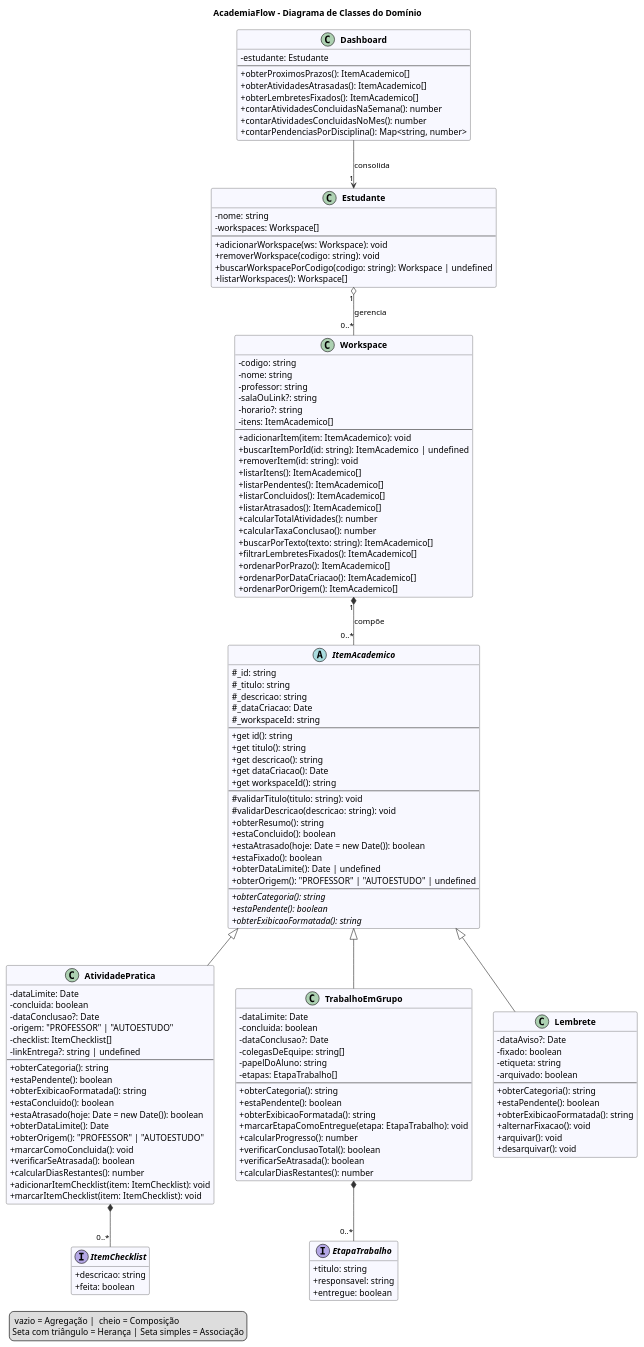
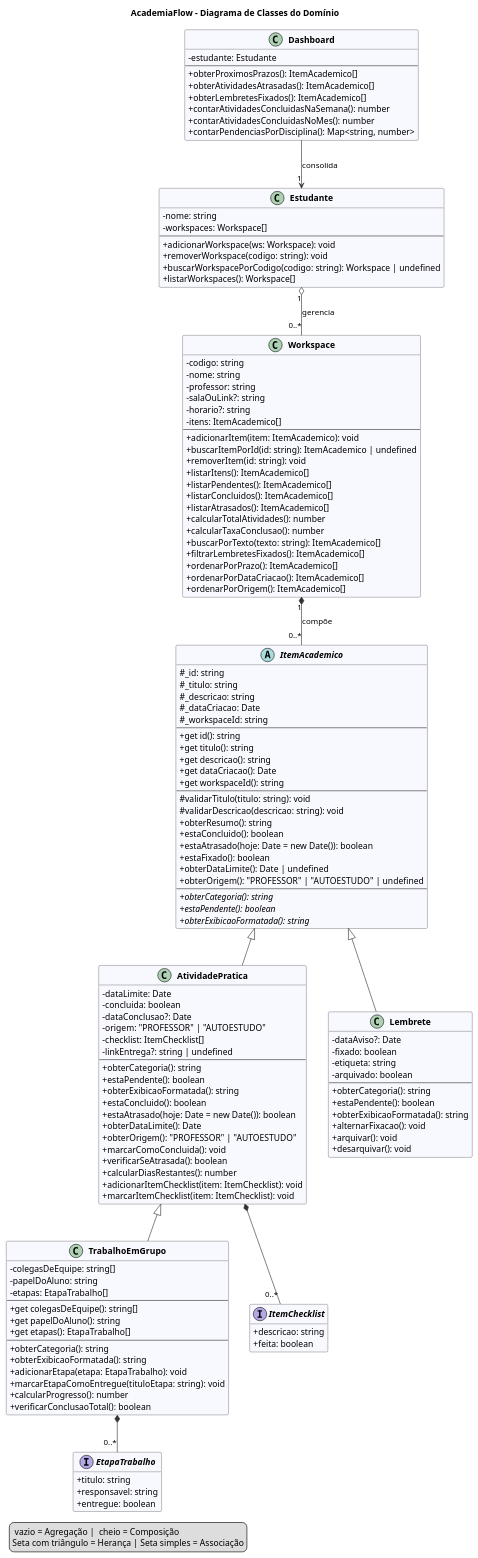
Before and after one commit to ElryanGomes/OrganizadorAcademico: the diagram in docs/diagrama.puml, drawn with PlantUML. The commit also changed 2 other files, not shown here.

Commit message:
feat: Classe Trabalho em Grupo feito

```diff
--- a/docs/diagrama.puml
+++ b/docs/diagrama.puml
@@ -1,168 +1,167 @@
 @startuml
 title AcademiaFlow - Diagrama de Classes do Domínio
 
 skinparam classAttributeIconSize 0
 skinparam shadowing false
 skinparam classFontStyle bold
 skinparam ArrowColor #333333
 skinparam class {
   BackgroundColor #F8F8FF
   BorderColor #333333
 }
 hide empty members
 
 class Estudante {
   - nome: string
   - workspaces: Workspace[]
   --
   + adicionarWorkspace(ws: Workspace): void
   + removerWorkspace(codigo: string): void
   + buscarWorkspacePorCodigo(codigo: string): Workspace | undefined
   + listarWorkspaces(): Workspace[]
 }
 
 class Workspace {
   - codigo: string
   - nome: string
   - professor: string
   - salaOuLink?: string
   - horario?: string
   - itens: ItemAcademico[]
   --
   + adicionarItem(item: ItemAcademico): void
   + buscarItemPorId(id: string): ItemAcademico | undefined
   + removerItem(id: string): void
   + listarItens(): ItemAcademico[]
   + listarPendentes(): ItemAcademico[]
   + listarConcluidos(): ItemAcademico[]
   + listarAtrasados(): ItemAcademico[]
   + calcularTotalAtividades(): number
   + calcularTaxaConclusao(): number
   + buscarPorTexto(texto: string): ItemAcademico[]
   + filtrarLembretesFixados(): ItemAcademico[]
   + ordenarPorPrazo(): ItemAcademico[]
   + ordenarPorDataCriacao(): ItemAcademico[]
   + ordenarPorOrigem(): ItemAcademico[]
 }
 
 abstract class ItemAcademico {
   # _id: string
   # _titulo: string
   # _descricao: string
   # _dataCriacao: Date
   # _workspaceId: string
   --
   + get id(): string
   + get titulo(): string
   + get descricao(): string
   + get dataCriacao(): Date
   + get workspaceId(): string
   --
   # validarTitulo(titulo: string): void
   # validarDescricao(descricao: string): void
   + obterResumo(): string
   + estaConcluido(): boolean
   + estaAtrasado(hoje: Date = new Date()): boolean
   + estaFixado(): boolean
   + obterDataLimite(): Date | undefined
   + obterOrigem(): "PROFESSOR" | "AUTOESTUDO" | undefined
   --
   + {abstract} obterCategoria(): string
   + {abstract} estaPendente(): boolean
   + {abstract} obterExibicaoFormatada(): string
 }
 
 class AtividadePratica {
   - dataLimite: Date
   - concluida: boolean
   - dataConclusao?: Date
   - origem: "PROFESSOR" | "AUTOESTUDO"
   - checklist: ItemChecklist[]
   - linkEntrega?: string | undefined
   --
   + obterCategoria(): string
   + estaPendente(): boolean
   + obterExibicaoFormatada(): string
   + estaConcluido(): boolean
   + estaAtrasado(hoje: Date = new Date()): boolean
   + obterDataLimite(): Date
   + obterOrigem(): "PROFESSOR" | "AUTOESTUDO"
   + marcarComoConcluida(): void
   + verificarSeAtrasada(): boolean
   + calcularDiasRestantes(): number
   + adicionarItemChecklist(item: ItemChecklist): void
   + marcarItemChecklist(item: ItemChecklist): void
 }
 
 class TrabalhoEmGrupo {
-  - dataLimite: Date
-  - concluida: boolean
-  - dataConclusao?: Date
   - colegasDeEquipe: string[]
   - papelDoAluno: string
   - etapas: EtapaTrabalho[]
   --
+  + get colegasDeEquipe(): string[]
+  + get papelDoAluno(): string
+  + get etapas(): EtapaTrabalho[]
+  --
   + obterCategoria(): string
-  + estaPendente(): boolean
   + obterExibicaoFormatada(): string
-  + marcarEtapaComoEntregue(etapa: EtapaTrabalho): void
+  + adicionarEtapa(etapa: EtapaTrabalho): void
+  + marcarEtapaComoEntregue(tituloEtapa: string): void
   + calcularProgresso(): number
   + verificarConclusaoTotal(): boolean
-  + verificarSeAtrasada(): boolean
-  + calcularDiasRestantes(): number
 }
 
 class Lembrete {
   - dataAviso?: Date
   - fixado: boolean
   - etiqueta: string
   - arquivado: boolean
   --
   + obterCategoria(): string
   + estaPendente(): boolean
   + obterExibicaoFormatada(): string
   + alternarFixacao(): void
   + arquivar(): void
   + desarquivar(): void
 }
 
 interface ItemChecklist {
   + descricao: string
   + feita: boolean
 }
 
 interface EtapaTrabalho {
   + titulo: string
   + responsavel: string
   + entregue: boolean
 }
 
 class Dashboard {
   - estudante: Estudante
   --
   + obterProximosPrazos(): ItemAcademico[]
   + obterAtividadesAtrasadas(): ItemAcademico[]
   + obterLembretesFixados(): ItemAcademico[]
   + contarAtividadesConcluidasNaSemana(): number
   + contarAtividadesConcluidasNoMes(): number
   + contarPendenciasPorDisciplina(): Map<string, number>
 }
 
 ' Relacionamentos
 Estudante "1" o-- "0..*" Workspace : gerencia
 Workspace "1" *-- "0..*" ItemAcademico : compõe
 
 ItemAcademico <|-- AtividadePratica
-ItemAcademico <|-- TrabalhoEmGrupo
+AtividadePratica <|-- TrabalhoEmGrupo
 ItemAcademico <|-- Lembrete
 
 AtividadePratica *-- "0..*" ItemChecklist
 TrabalhoEmGrupo *-- "0..*" EtapaTrabalho
 
 Dashboard --> "1" Estudante : consolida
 
 legend bottom left
   <&diamond> vazio = Agregação | <&diamond> cheio = Composição
   Seta com triângulo = Herança | Seta simples = Associação
 endlegend
 @enduml
```
